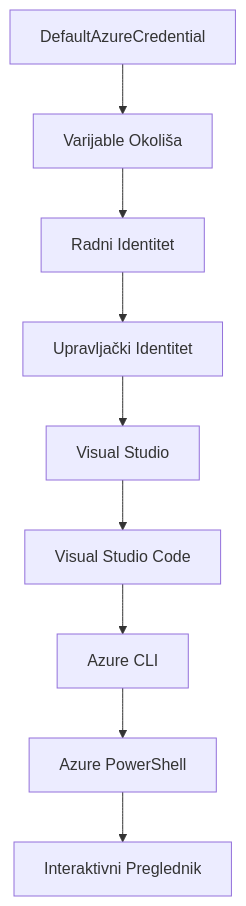
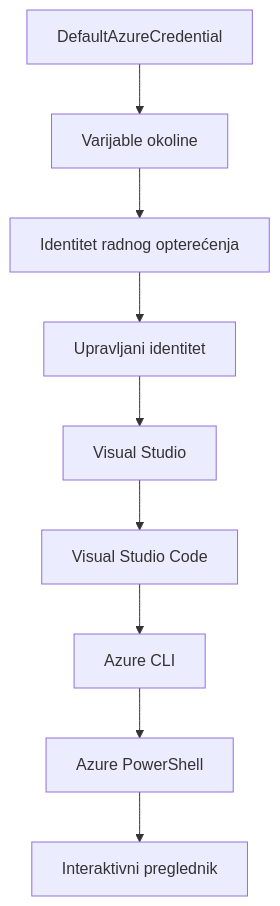
Before and after one commit to microsoft/AZD-for-beginners: the second of 2 diagrams in translations/hr/docs/chapter-01-foundation/azd-basics.md, drawn with Mermaid. The commit also changed other lines of this file and 101 other files, not shown here.

````diff
--- a/translations/hr/docs/chapter-01-foundation/azd-basics.md
+++ b/translations/hr/docs/chapter-01-foundation/azd-basics.md
@@ -591,11 +592,11 @@
 ```mermaid
 graph TD
-    A[DefaultAzureCredential] --> B[Varijable Okoliša]
-    B --> C[Radni Identitet]
-    C --> D[Upravljački Identitet]
+    A[DefaultAzureCredential] --> B[Varijable okoline]
+    B --> C[Identitet radnog opterećenja]
+    C --> D[Upravljani identitet]
     D --> E[Visual Studio]
     E --> F[Visual Studio Code]
     F --> G[Azure CLI]
     G --> H[Azure PowerShell]
-    H --> I[Interaktivni Preglednik]
-```
+    H --> I[Interaktivni preglednik]
+```  
````
